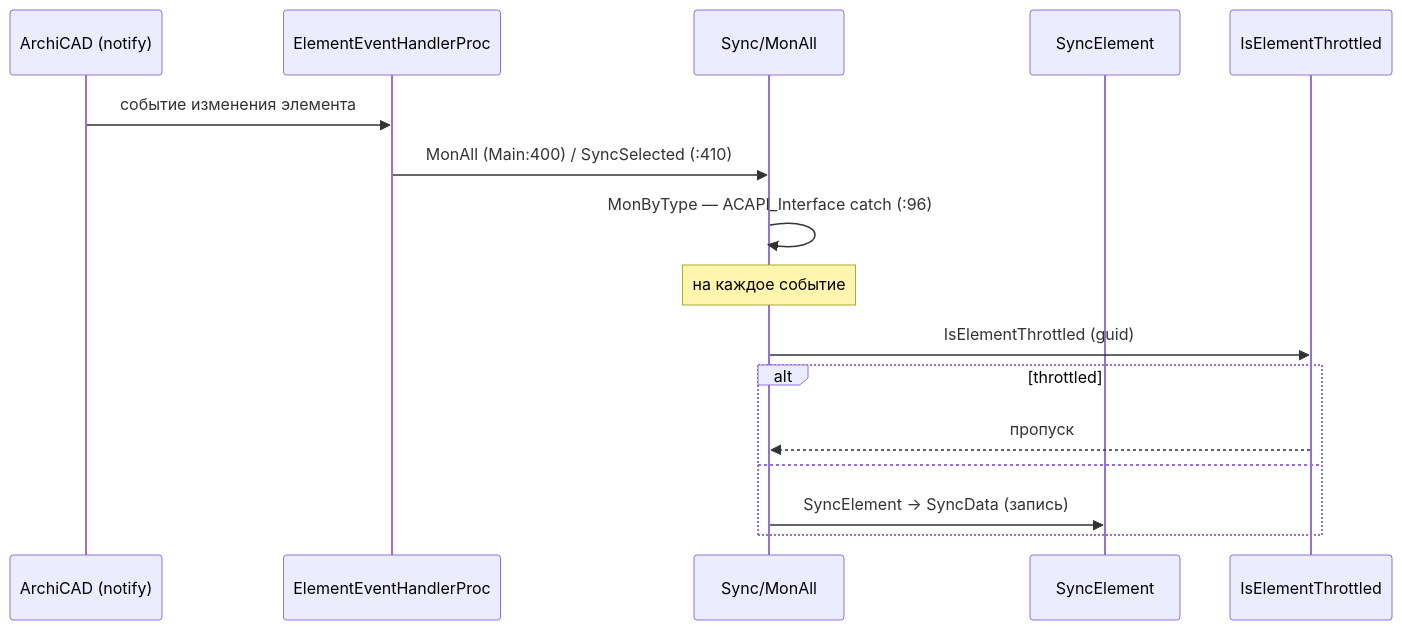
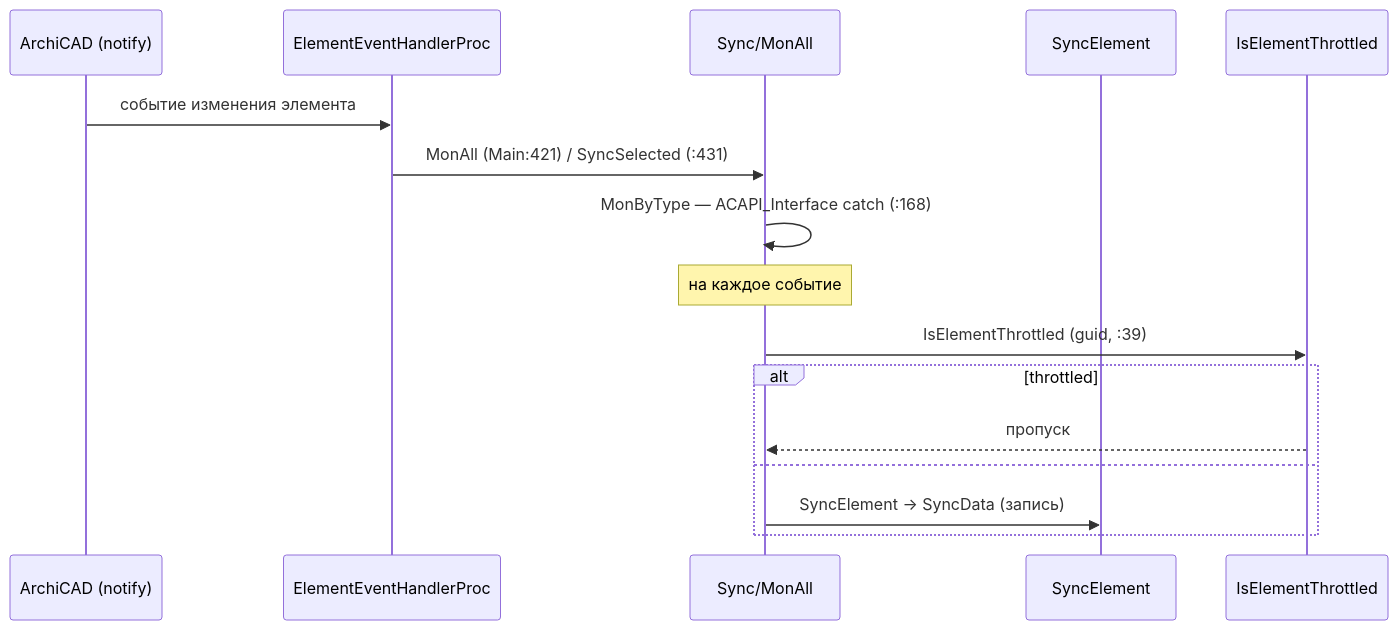
Before and after one commit to kuvbur/AddOn_SomeStuff: the second of 11 diagrams in Docs/SEQUENCES.md, drawn with Mermaid. The commit also changed other lines of this file and 122 other files, not shown here.

````diff
--- a/Docs/SEQUENCES.md
+++ b/Docs/SEQUENCES.md
@@ -37,19 +37,19 @@
 ```mermaid
 sequenceDiagram
     participant AC as ArchiCAD (notify)
     participant EEH as ElementEventHandlerProc
     participant Sync as Sync/MonAll
     participant SE as SyncElement
     participant T as IsElementThrottled
 
     AC->>EEH: событие изменения элемента
-    EEH->>Sync: MonAll (Main:400) / SyncSelected (:410)
-    Sync->>Sync: MonByType — ACAPI_Interface catch (:96)
+    EEH->>Sync: MonAll (Main:421) / SyncSelected (:431)
+    Sync->>Sync: MonByType — ACAPI_Interface catch (:168)
     Note over Sync: на каждое событие
-    Sync->>T: IsElementThrottled (guid)
+    Sync->>T: IsElementThrottled (guid, :39)
     alt throttled
         T-->>Sync: пропуск
     else
         Sync->>SE: SyncElement → SyncData (запись)
     end
 ```
````
